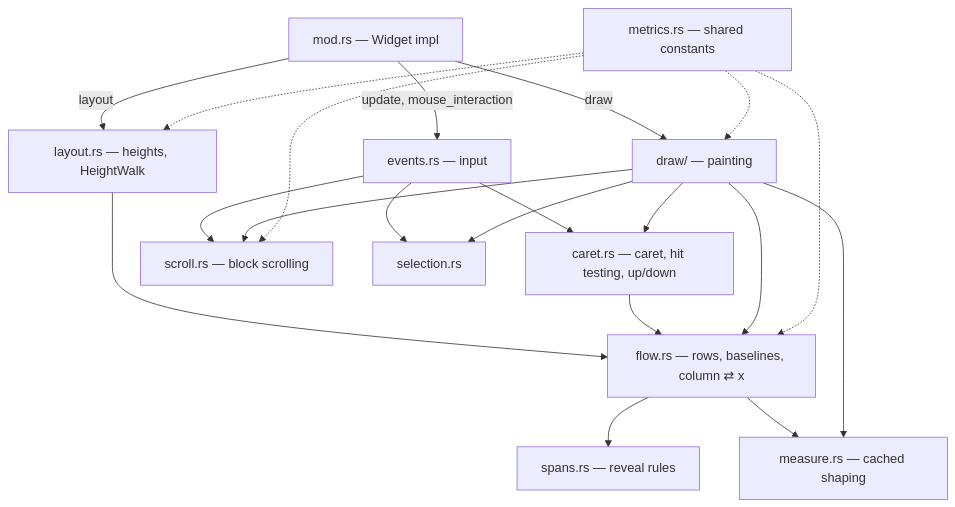
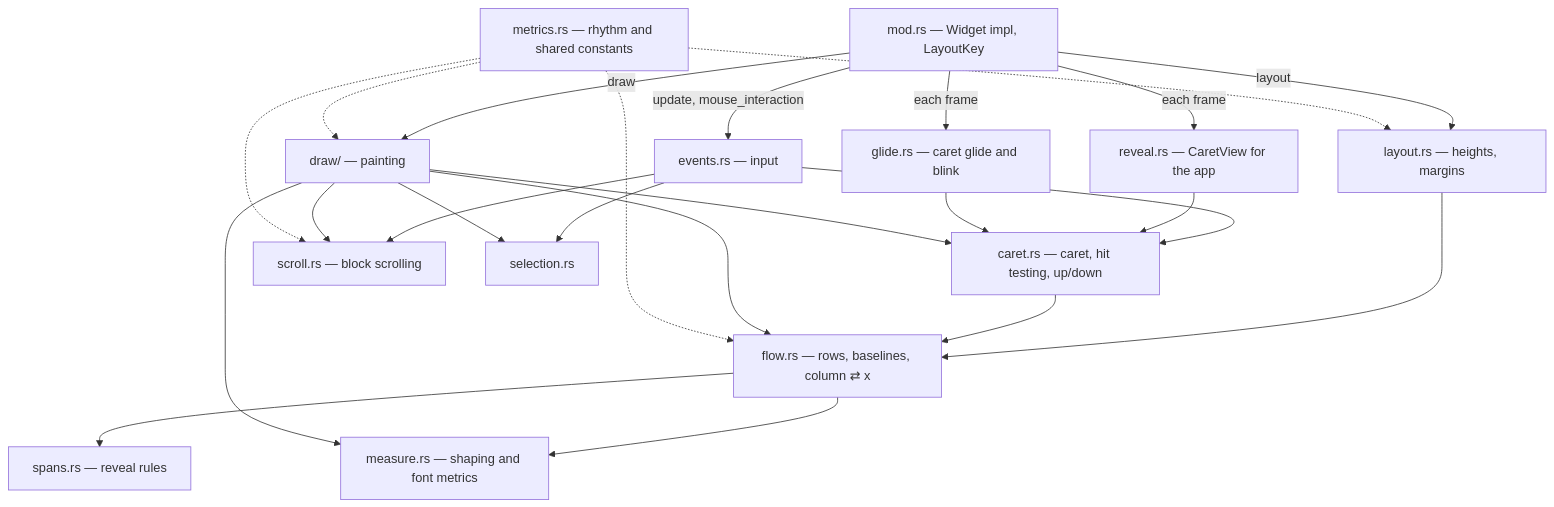
One commit to Suranjan77/md-editor changed the third of 3 diagrams in wiki/Markdown-Pipeline.md. Above: the diagram before and after it, drawn with Mermaid. The commit also changed other lines of this file and 44 other files, not shown here.

````diff
--- a/wiki/Markdown-Pipeline.md
+++ b/wiki/Markdown-Pipeline.md
@@ -259,22 +310,26 @@
 ```mermaid
 graph TD
-    Widget["mod.rs — Widget impl"] -->|layout| Layout["layout.rs — heights, HeightWalk"]
+    Widget["mod.rs — Widget impl, LayoutKey"] -->|layout| Layout["layout.rs — heights, margins"]
     Layout --> Flow["flow.rs — rows, baselines, column ⇄ x"]
     Caret["caret.rs — caret, hit testing, up/down"] --> Flow
     Draw["draw/ — painting"] --> Flow
     Widget -->|draw| Draw
     Widget -->|"update, mouse_interaction"| Events["events.rs — input"]
+    Widget -->|"each frame"| Reveal["reveal.rs — CaretView for the app"]
+    Widget -->|"each frame"| Glide["glide.rs — caret glide and blink"]
     Events --> Caret
     Events --> Scroll["scroll.rs — block scrolling"]
     Events --> Selection["selection.rs"]
+    Reveal --> Caret
+    Glide --> Caret
     Draw --> Caret
     Draw --> Scroll
     Draw --> Selection
     Flow --> Spans["spans.rs — reveal rules"]
-    Flow --> Measure["measure.rs — cached shaping"]
+    Flow --> Measure["measure.rs — shaping and font metrics"]
     Draw --> Measure
-    Metrics["metrics.rs — shared constants"] -.-> Layout
+    Metrics["metrics.rs — rhythm and shared constants"] -.-> Layout
     Metrics -.-> Flow
     Metrics -.-> Draw
     Metrics -.-> Scroll
 ```
````
